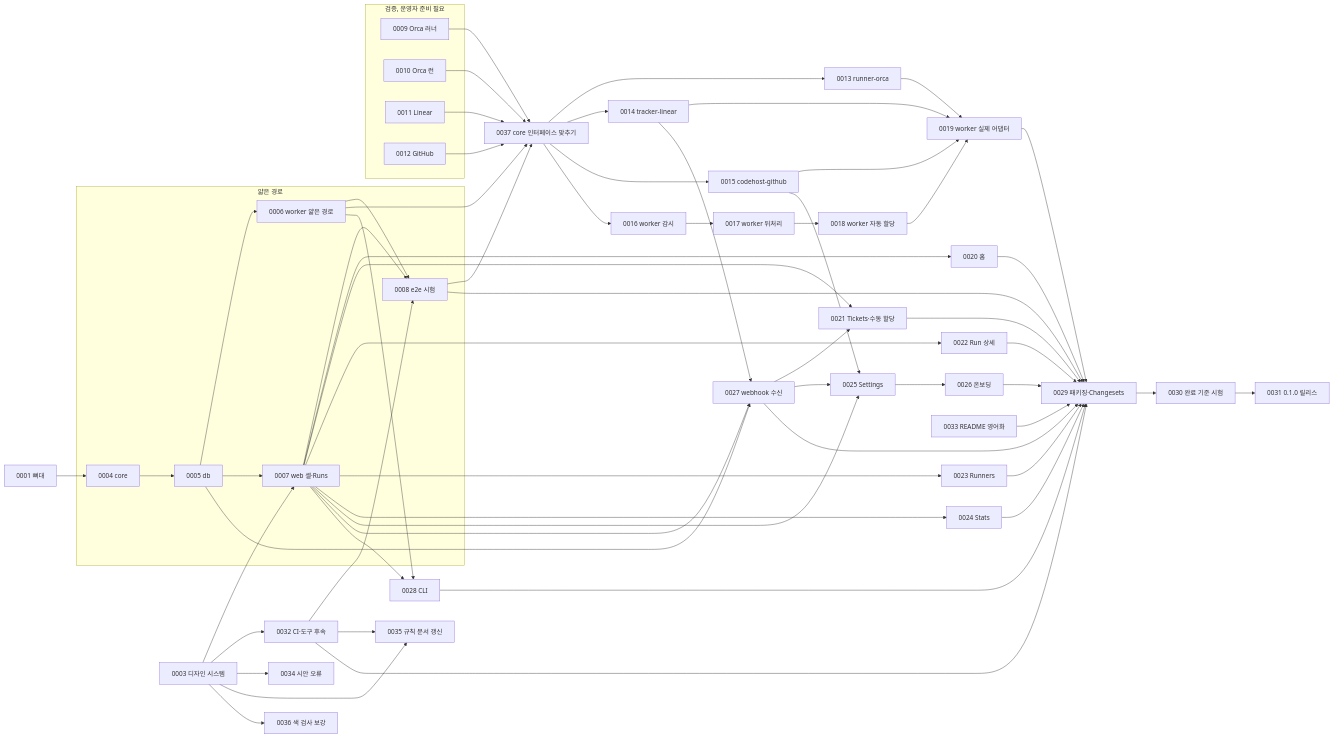
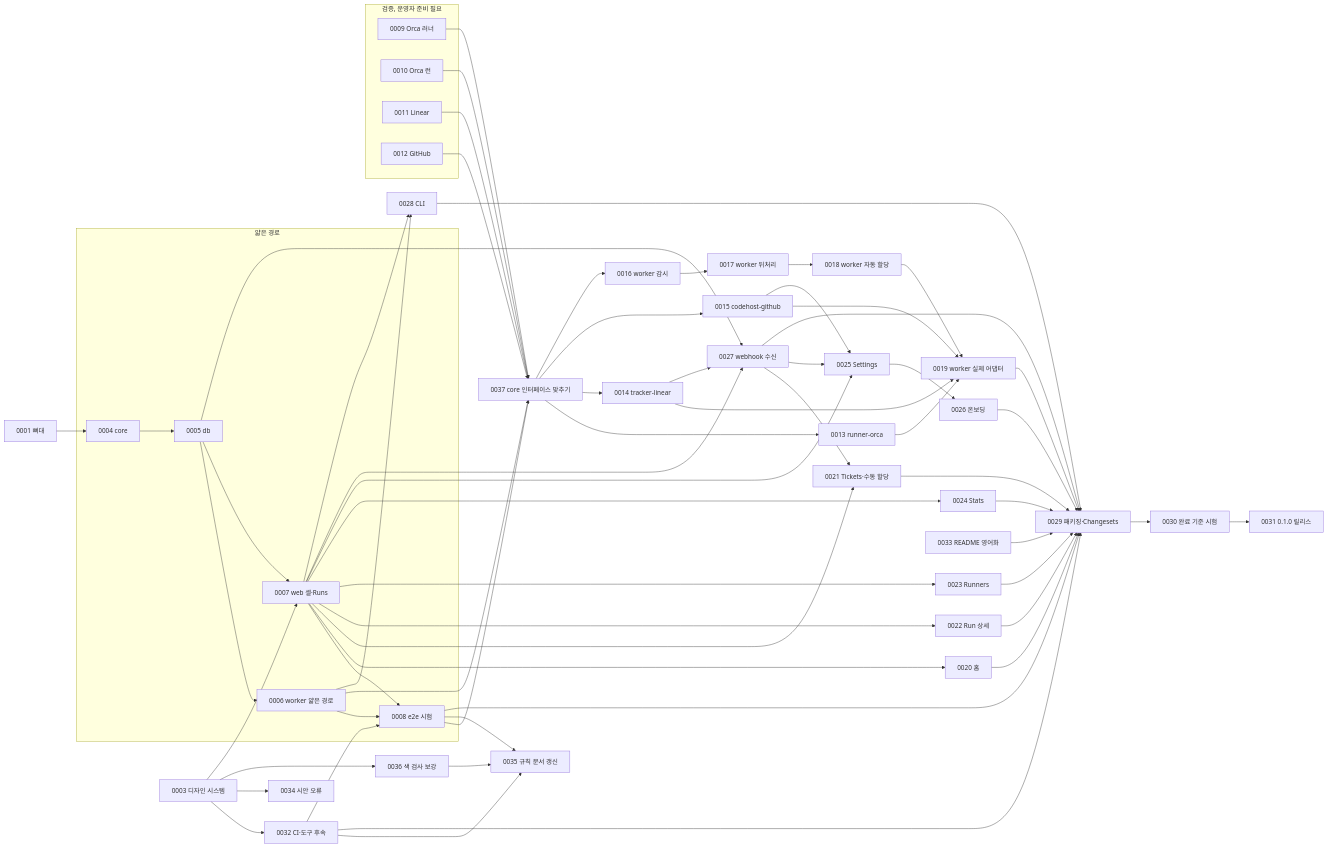
The diagram in docs/tickets/README.md (sht02048/factory-orchestrator), drawn with Mermaid before and after one commit. The commit also changed other lines of this file and 7 other files, not shown here.

````diff
--- a/docs/tickets/README.md
+++ b/docs/tickets/README.md
@@ -13,68 +13,69 @@
 ```mermaid
 graph LR
   T0003[0003 디자인 시스템]
 
   T0001[0001 뼈대]
 
   subgraph thin[얇은 경로]
     T0004[0004 core] --> T0005[0005 db]
     T0005 --> T0006[0006 worker 얇은 경로]
     T0005 --> T0007[0007 web 셸·Runs]
     T0006 --> T0008[0008 e2e 시험]
     T0007 --> T0008
   end
   T0001 --> T0004
   T0003 --> T0007
 
   subgraph verify[검증, 운영자 준비 필요]
     T0009[0009 Orca 러너]
     T0010[0010 Orca 런]
     T0011[0011 Linear]
     T0012[0012 GitHub]
   end
 
   T0006 --> T0037[0037 core 인터페이스 맞추기]
   T0008 --> T0037
   T0009 --> T0037
   T0010 --> T0037
   T0011 --> T0037
   T0012 --> T0037
   T0037 --> T0013[0013 runner-orca]
   T0037 --> T0014[0014 tracker-linear]
   T0037 --> T0015[0015 codehost-github]
 
   T0037 --> T0016[0016 worker 감시] --> T0017[0017 worker 뒤처리] --> T0018[0018 worker 자동 할당] --> T0019[0019 worker 실제 어댑터]
   T0013 --> T0019
   T0014 --> T0019
   T0015 --> T0019
 
   T0007 --> T0020[0020 홈]
   T0007 --> T0021[0021 Tickets·수동 할당]
   T0027 --> T0021
   T0007 --> T0022[0022 Run 상세]
   T0007 --> T0023[0023 Runners]
   T0007 --> T0024[0024 Stats]
   T0007 --> T0025[0025 Settings]
   T0027 --> T0025
   T0015 --> T0025
   T0025 --> T0026[0026 온보딩]
   T0005 --> T0027[0027 webhook 수신]
   T0007 --> T0027
   T0014 --> T0027
 
   T0006 --> T0028[0028 CLI]
   T0007 --> T0028
 
   T0003 --> T0032[0032 CI·도구 후속]
   T0032 --> T0008
   T0003 --> T0034[0034 시안 오류]
-  T0003 --> T0035
+  T0008 --> T0035
   T0032 --> T0035
+  T0036 --> T0035
   T0003 --> T0036
   T0033[0033 README 영어화]
   T0035[0035 규칙 문서 갱신]
   T0036[0036 색 검사 보강]
 
   T0008 & T0019 & T0020 & T0021 & T0022 & T0023 & T0024 & T0026 & T0027 & T0028 & T0032 & T0033 --> T0029[0029 패키징·Changesets]
   T0029 --> T0030[0030 완료 기준 시험] --> T0031[0031 0.1.0 릴리스]
 ```
````
